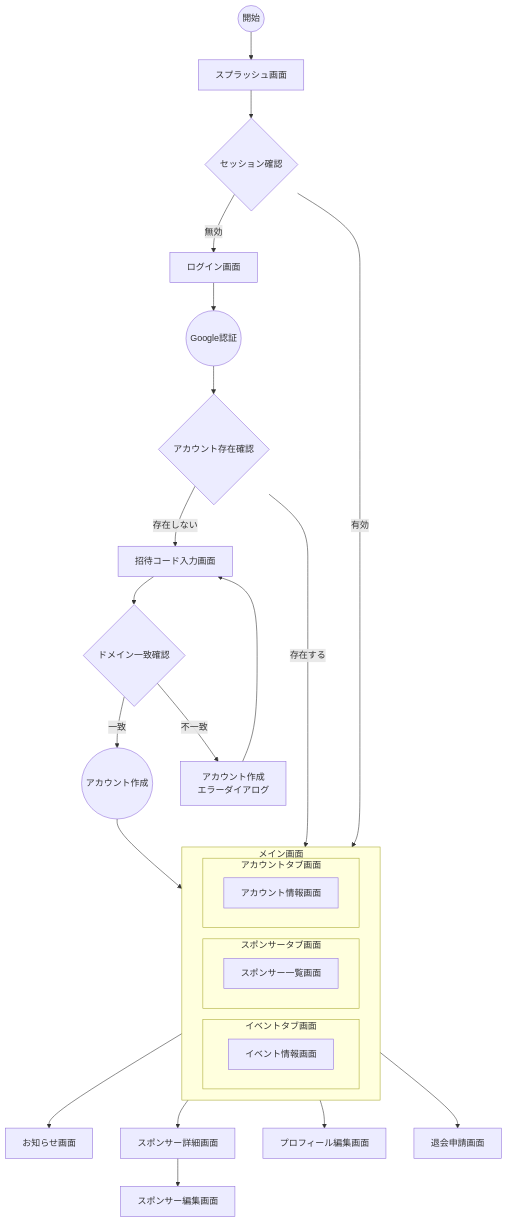
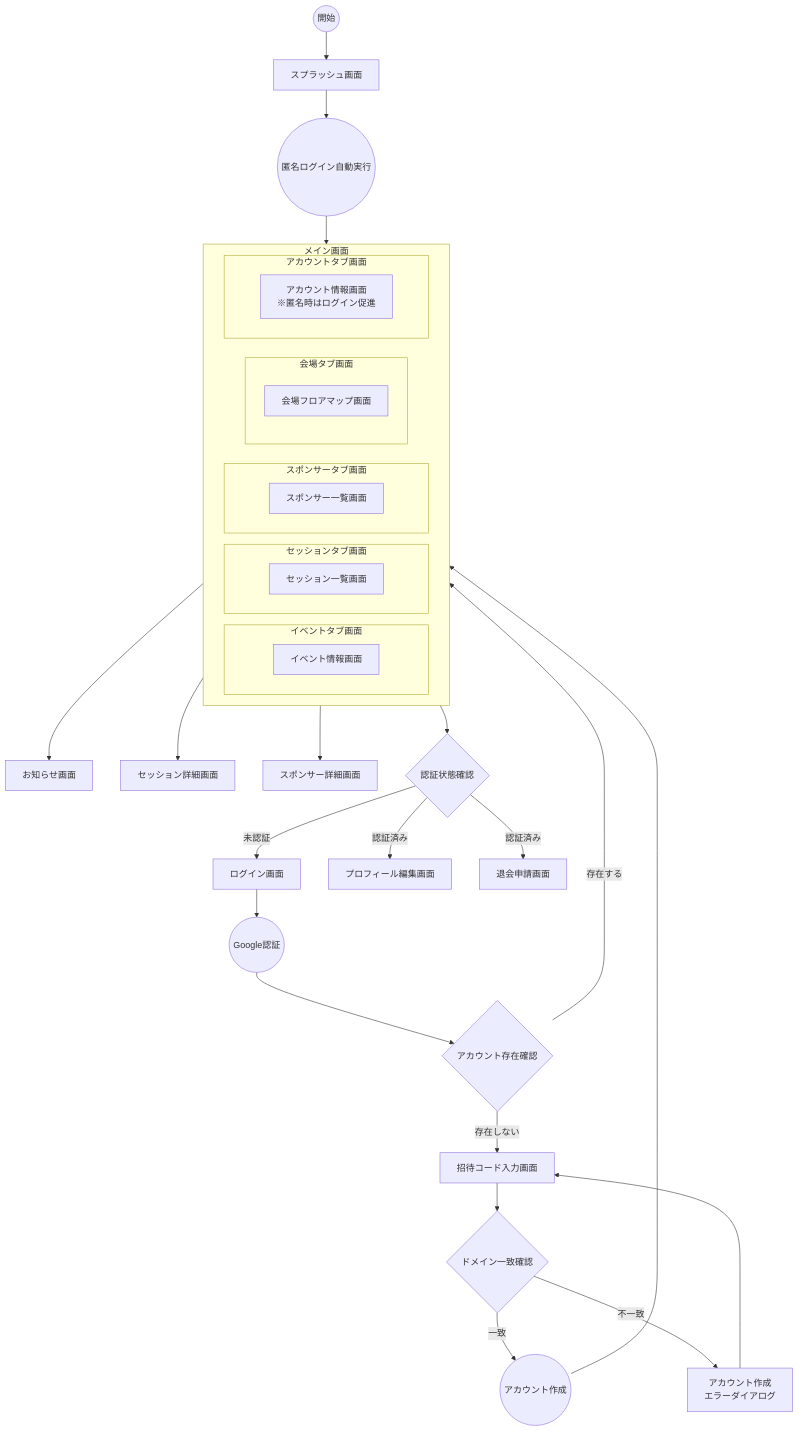
The first of 2 diagrams in docs/dashboard/SCREENS.md (FlutterKaigi/2025), drawn with Mermaid before and after one commit. The commit also changed other lines of this file, not shown here.

````diff
--- a/docs/dashboard/SCREENS.md
+++ b/docs/dashboard/SCREENS.md
@@ -50,51 +53,60 @@
 ```mermaid
 flowchart TD
     %% 画面一覧
     SplashScreen[スプラッシュ画面]
     LoginScreen[ログイン画面]
     GoogleAuthBottomSheet[Google認証画面]
     InvitationCodeScreen[招待コード入力画面]
     AccountCreationErrorDialog[アカウント作成<br>エラーダイアログ]
     subgraph MainScreen[メイン画面]
       direction LR
       subgraph EventTabScreen[イベントタブ画面]
         EventInfoScreen[イベント情報画面]
       end
+      subgraph SessionTabScreen[セッションタブ画面]
+        SessionListScreen[セッション一覧画面]
+      end
+      subgraph VenueTabScreen[会場タブ画面]
+        VenueFloorMapScreen[会場フロアマップ画面]
+      end
       subgraph SponsorTabScreen[スポンサータブ画面]
         SponsorListScreen[スポンサー一覧画面]
       end
       subgraph AccountTabScreen[アカウントタブ画面]
-        AccountInfoScreen[アカウント情報画面]
+        AccountInfoScreen[アカウント情報画面<br>※匿名時はログイン促進]
       end
     end
     NewsScreen[お知らせ画面]
+    SessionDetailScreen[セッション詳細画面]
     SponsorDetailScreen[スポンサー詳細画面]
-    SponsorEditScreen[スポンサー編集画面]
     ProfileEditScreen[プロフィール編集画面]
     WithdrawalScreen[退会申請画面]
 
     Start((開始)) --> SplashScreen
-    SplashScreen --> SessionCheck{セッション確認}
-    SessionCheck --> |有効| EventInfoScreen
-    SessionCheck --> |無効| LoginScreen
+    SplashScreen --> AnonymousLogin((匿名ログイン自動実行))
+    AnonymousLogin --> EventInfoScreen
+    
+    %% アカウント情報画面からの認証フロー
+    AccountInfoScreen --> AuthCheck{認証状態確認}
+    AuthCheck --> |未認証| LoginScreen
+    AuthCheck --> |認証済み| ProfileEditScreen
+    AuthCheck --> |認証済み| WithdrawalScreen
     
     %% 認証フロー
     LoginScreen --> GoogleAuthBottomSheet((Google認証))
     GoogleAuthBottomSheet --> AccountCheck{アカウント存在確認}
-    AccountCheck --> |存在する| EventInfoScreen
+    AccountCheck --> |存在する| AccountInfoScreen
     AccountCheck --> |存在しない| InvitationCodeScreen
     
     %% 新規登録フロー
     InvitationCodeScreen --> DomainCheck{ドメイン一致確認}
     DomainCheck --> |一致| CreateAccount((アカウント作成))
     DomainCheck --> |不一致| AccountCreationErrorDialog
     AccountCreationErrorDialog --> InvitationCodeScreen
-    CreateAccount --> EventInfoScreen
+    CreateAccount --> AccountInfoScreen
     
-    %% メイン画面以降のフロー
+    %% メイン画面以降のフロー（匿名でも利用可能）
     EventInfoScreen --> NewsScreen
+    SessionListScreen --> SessionDetailScreen
     SponsorListScreen --> SponsorDetailScreen
-    SponsorDetailScreen --> SponsorEditScreen
-    AccountInfoScreen --> ProfileEditScreen
-    AccountInfoScreen --> WithdrawalScreen
 ```
````
